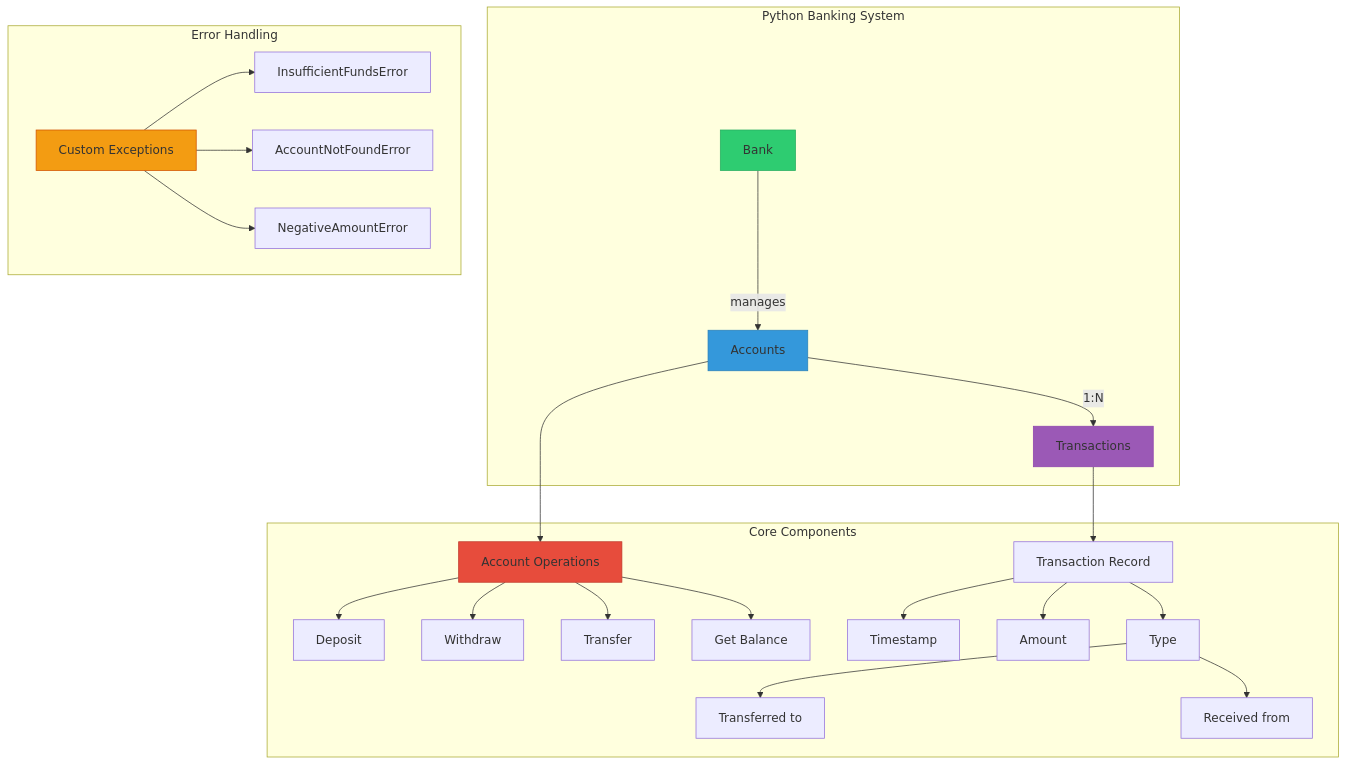
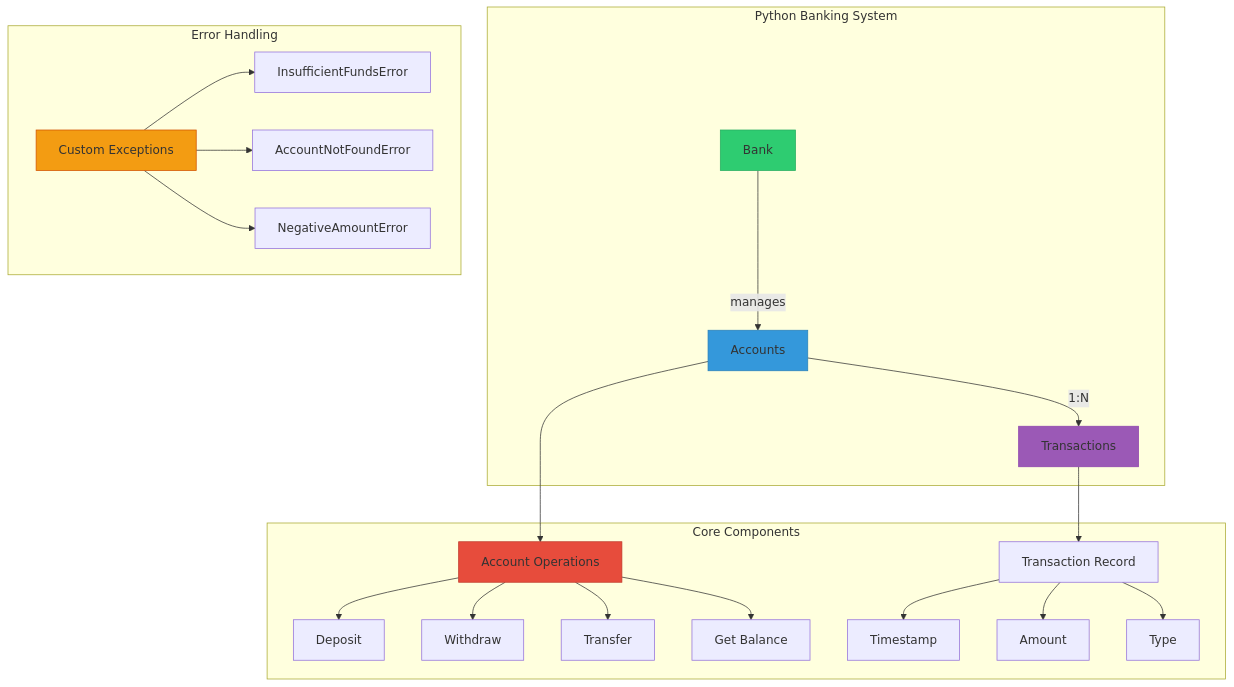
The diagram in README.md (WideSu/banking_system_backend), drawn with Mermaid before and after one commit.

Commit message:
Deleted details in Type

````diff
--- a/README.md
+++ b/README.md
@@ -17,35 +17,33 @@
 ```mermaid
 %% System Architecture Diagram for In-Memory Banking System
 graph TD
     subgraph Python Banking System
         A[Bank] -->|manages| B[Accounts]
         B -->|1:N| C[Transactions]
     end
 
     subgraph Core Components
         B --> D[Account Operations]
         D --> D1[Deposit]
         D --> D2[Withdraw]
         D --> D3[Transfer]
         D --> D4[Get Balance]
         C --> E[Transaction Record]
         E --> E1[Timestamp]
         E --> E2[Amount]
         E --> E3[Type]
-        E3--> E4[Transferred to]
-        E3--> E5[Received from]
     end
 
     subgraph Error Handling
         F[Custom Exceptions]
         F --> F1[InsufficientFundsError]
         F --> F2[AccountNotFoundError]
         F --> F3[NegativeAmountError]
     end
 
     style A fill:#2ecc71,stroke:#27ae60
     style B fill:#3498db,stroke:#2980b9
     style C fill:#9b59b6,stroke:#8e44ad
     style D fill:#e74c3c,stroke:#c0392b
     style F fill:#f39c12,stroke:#d35400
 ```
````
